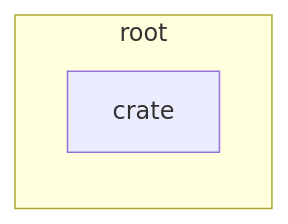
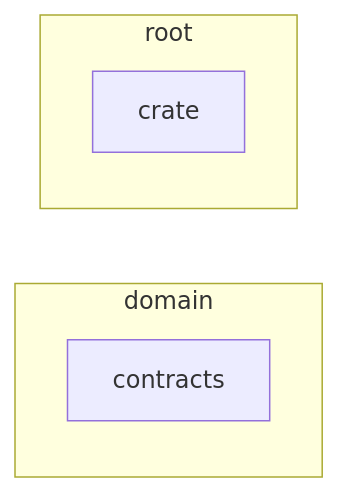
One commit to louislang/ha-jarvis changed the diagram in docs/architecture.md. Above: the diagram before and after it, drawn with Mermaid.

Commit message:
Update the architecture diagram
CI regenerated docs/architecture.md from main.

````diff
--- a/docs/architecture.md
+++ b/docs/architecture.md
@@ -5,6 +5,9 @@
 ```mermaid
 flowchart LR
+    subgraph domain
+        crate_domain_contracts[contracts]
+    end
     subgraph root
         crate[crate]
     end
 ```
````
